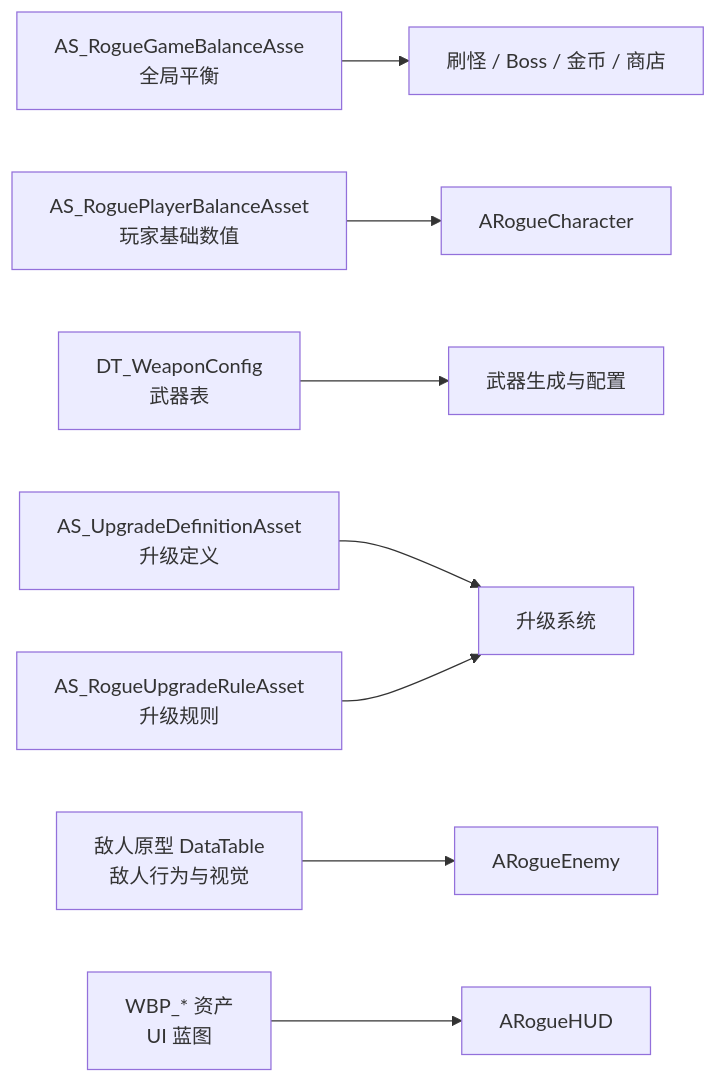
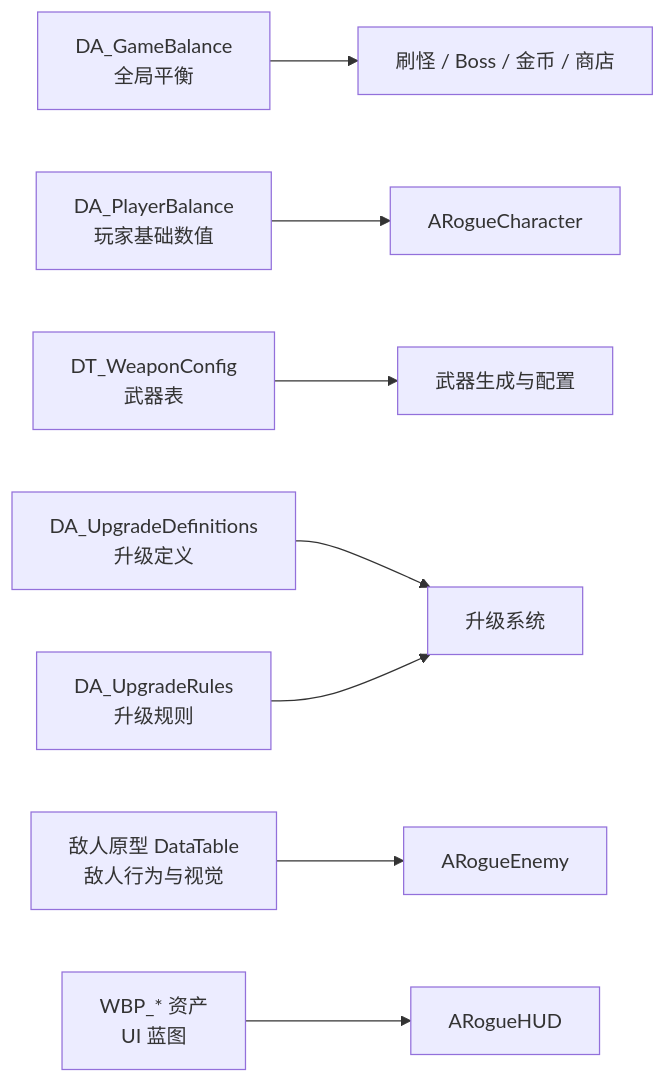
Before and after one commit to Elysiasloverly/AI-: the tenth of 10 diagrams in Docs/CurrentAllSystemsArchitecture.md, drawn with Mermaid. The commit also changed other lines of this file and 21 other files, not shown here.

````diff
--- a/Docs/CurrentAllSystemsArchitecture.md
+++ b/Docs/CurrentAllSystemsArchitecture.md
@@ -263,10 +263,10 @@
 ```mermaid
 flowchart LR
-    GameBalance["AS_RogueGameBalanceAsse\n全局平衡"] --> SpawnRules["刷怪 / Boss / 金币 / 商店"]
-    PlayerBalance["AS_RoguePlayerBalanceAsset\n玩家基础数值"] --> Player["ARogueCharacter"]
+    GameBalance["DA_GameBalance\n全局平衡"] --> SpawnRules["刷怪 / Boss / 金币 / 商店"]
+    PlayerBalance["DA_PlayerBalance\n玩家基础数值"] --> Player["ARogueCharacter"]
     WeaponConfig["DT_WeaponConfig\n武器表"] --> Weapons["武器生成与配置"]
-    UpgradeDefs["AS_UpgradeDefinitionAsset\n升级定义"] --> UpgradeSystem["升级系统"]
-    UpgradeRules["AS_RogueUpgradeRuleAsset\n升级规则"] --> UpgradeSystem
+    UpgradeDefs["DA_UpgradeDefinitions\n升级定义"] --> UpgradeSystem["升级系统"]
+    UpgradeRules["DA_UpgradeRules\n升级规则"] --> UpgradeSystem
     EnemyDT["敌人原型 DataTable\n敌人行为与视觉"] --> Enemies["ARogueEnemy"]
     WBPAssets["WBP_* 资产\nUI 蓝图"] --> HUD["ARogueHUD"]
 ```
````
